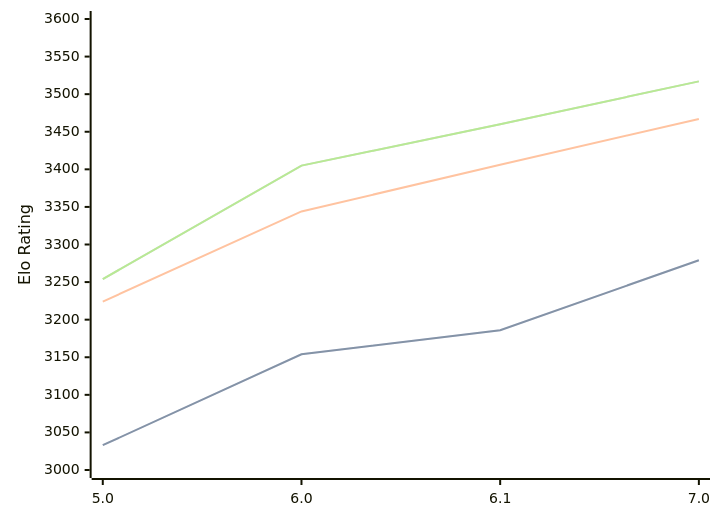
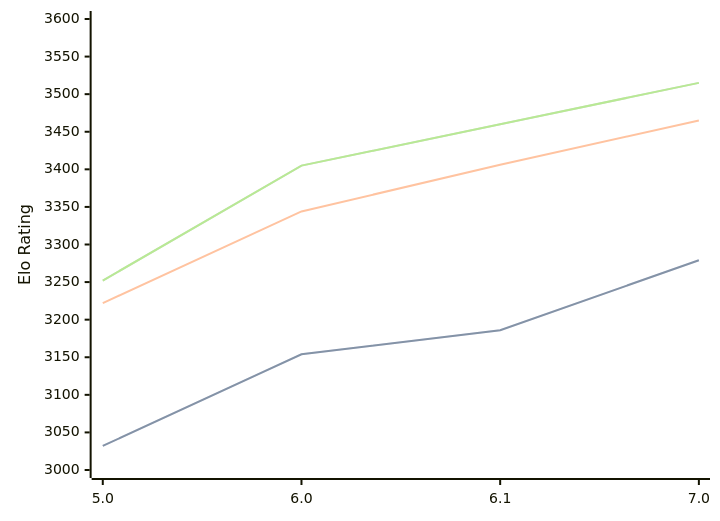
One commit to computer-chess-index/cci changed the third of 3 diagrams in engines/PZChessBot.md. Above: the diagram before and after it, drawn with Mermaid. The commit also changed other lines of this file, not shown here.

Commit message:
Update CCI Ratings (ELO VLTC) - 2026-06-19

````diff
--- a/engines/PZChessBot.md
+++ b/engines/PZChessBot.md
@@ -76,11 +76,11 @@
 ```mermaid
 %%{init: {"theme":"base","themeVariables":{"seriesColors:['#a3a3a3','#222221','#faa371']}}}%%
 xychart-beta
   x-axis ["5.0", "6.0", "6.1", "7.0"]
   y-axis "Elo Rating" 3000 --> 3600
-  line "STC (8.0+0.08s)" [3033, 3154, 3186, 3279]
-  line "STC (8.0+0.08s)" [3033, 3154, 3186, 3279]
-  line "LTC (60.0+0.60s)" [3224, 3344, 3406, 3467]
-  line "VLTC (2m24s+1.12s)" [3254, 3405, 3460, 3517]
-  line "VLTC (2m24s+1.12s)" [3254, 3405, 3460, 3517]
+  line "STC (8.0+0.08s)" [3032, 3154, 3186, 3279]
+  line "STC (8.0+0.08s)" [3032, 3154, 3186, 3279]
+  line "LTC (60.0+0.60s)" [3222, 3344, 3406, 3465]
+  line "VLTC (2m24s+1.12s)" [3252, 3405, 3460, 3515]
+  line "VLTC (2m24s+1.12s)" [3252, 3405, 3460, 3515]
 ```
````
